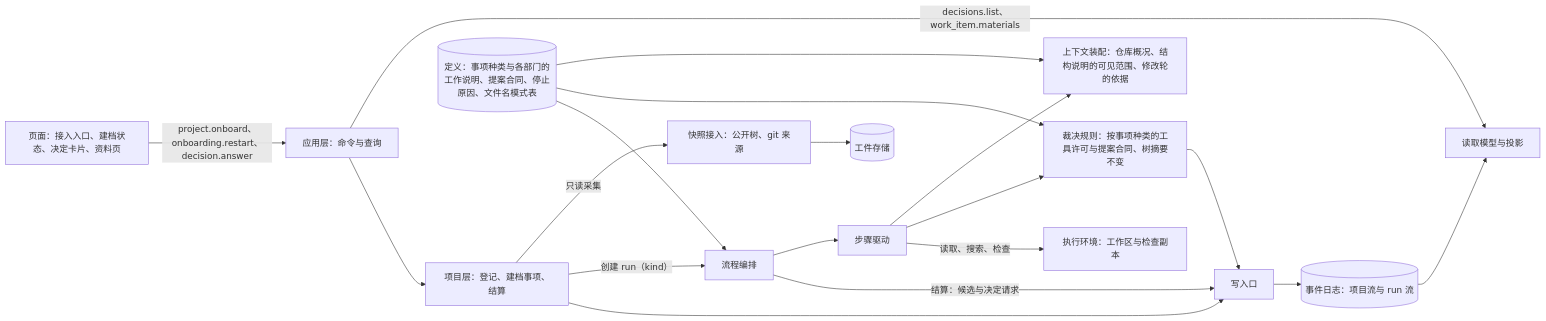
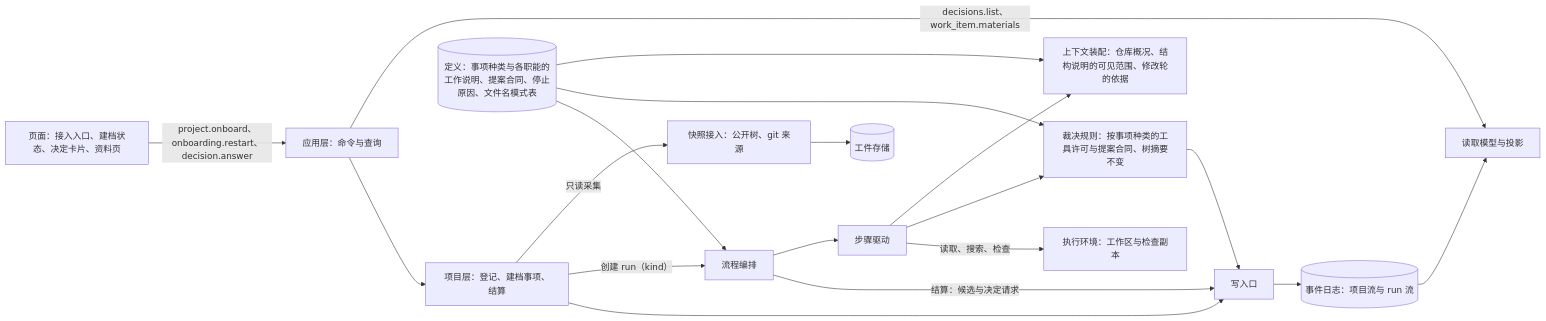
One commit to bender2333/yudao changed the third of 3 diagrams in docs/design/existing-project-onboarding.md. Above: the diagram before and after it, drawn with Mermaid. The commit also changed other lines of this file and 149 other files, not shown here.

````diff
--- a/docs/design/existing-project-onboarding.md
+++ b/docs/design/existing-project-onboarding.md
@@ -265,21 +265,21 @@
 ```mermaid
 flowchart LR
   Client["页面：接入入口、建档状态、决定卡片、资料页"] -->|"project.onboard、onboarding.restart、decision.answer"| App["应用层：命令与查询"]
   App -->|"decisions.list、work_item.materials"| Read["读取模型与投影"]
   App --> Proj["项目层：登记、建档事项、结算"]
   Proj -->|"只读采集"| Snap["快照接入：公开树、git 来源"]
   Snap --> Store[("工件存储")]
   Proj -->|"创建 run（kind）"| Orch["流程编排"]
   Orch --> Step["步骤驱动"]
   Step --> P["上下文装配：仓库概况、结构说明的可见范围、修改轮的依据"]
   Step --> U["裁决规则：按事项种类的工具许可与提案合同、树摘要不变"]
-  Defs[("定义：事项种类与各部门的工作说明、提案合同、停止原因、文件名模式表")] --> P
+  Defs[("定义：事项种类与各职能的工作说明、提案合同、停止原因、文件名模式表")] --> P
   Defs --> U
   Defs --> Orch
   Step -->|"读取、搜索、检查"| Env["执行环境：工作区与检查副本"]
   Orch -->|"结算：候选与决定请求"| Wr["写入口"]
   Proj --> Wr
   U --> Wr
   Wr --> Log[("事件日志：项目流与 run 流")]
   Log --> Read
 ```
````
